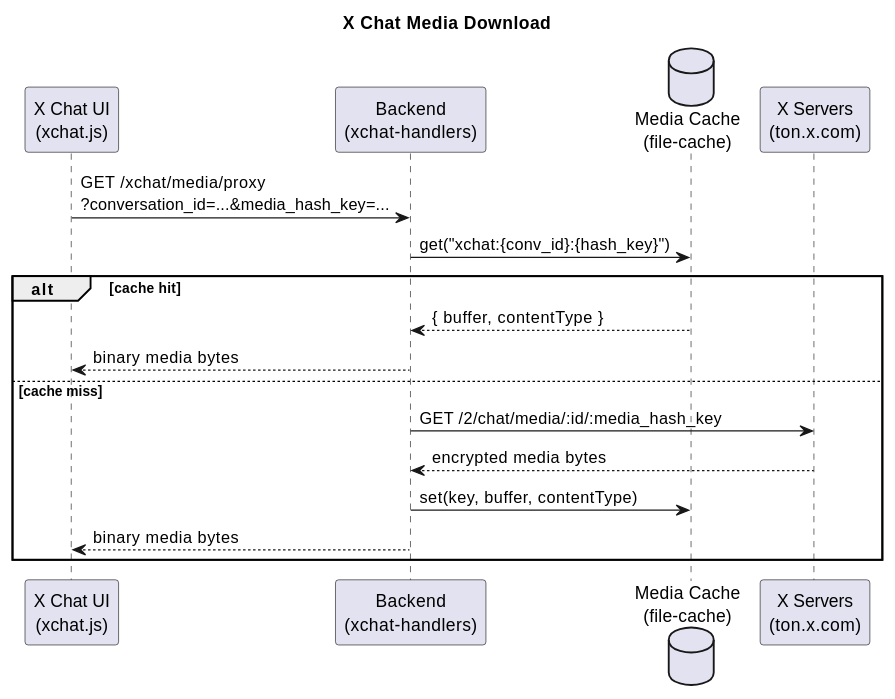
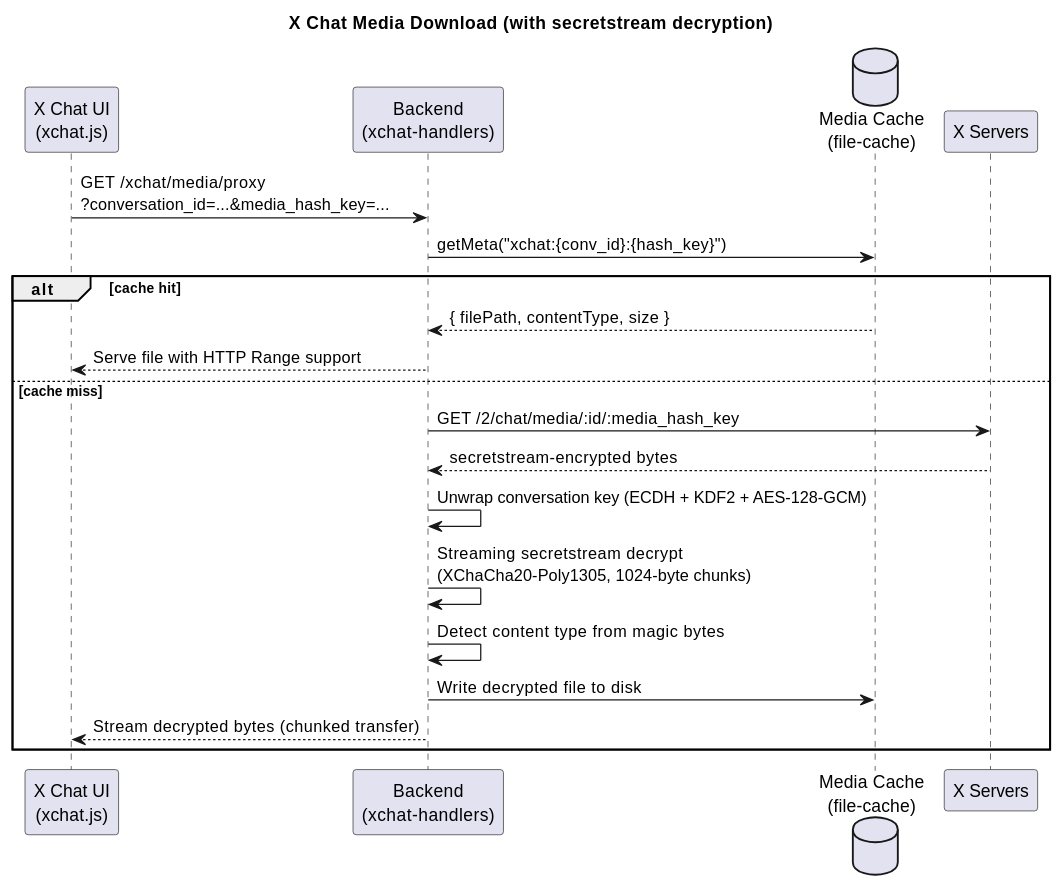
One commit to dmitryon/twitter-api-typescript-sdk changed the fifth of 6 diagrams in oauth-demo/xchat/XCHAT-FEATURE.md. Above: the diagram before and after it, drawn with PlantUML. The commit also changed other lines of this file and 1 other file, not shown here.

Commit message:
docs: update XCHAT-FEATURE.md to reflect multi-key versioned storage model

````diff
--- a/oauth-demo/xchat/XCHAT-FEATURE.md
+++ b/oauth-demo/xchat/XCHAT-FEATURE.md
@@ -327,22 +366,25 @@
 ```plantuml
 @startuml
-title X Chat Media Download
+title X Chat Media Download (with secretstream decryption)
 
 participant "X Chat UI\n(xchat.js)" as UI
 participant "Backend\n(xchat-handlers)" as BE
 database "Media Cache\n(file-cache)" as Cache
-participant "X Servers\n(ton.x.com)" as X
+participant "X Servers" as X
 
 UI -> BE: GET /xchat/media/proxy\n?conversation_id=...&media_hash_key=...
-BE -> Cache: get("xchat:{conv_id}:{hash_key}")
+BE -> Cache: getMeta("xchat:{conv_id}:{hash_key}")
 alt cache hit
-  Cache --> BE: { buffer, contentType }
-  BE --> UI: binary media bytes
+  Cache --> BE: { filePath, contentType, size }
+  BE --> UI: Serve file with HTTP Range support
 else cache miss
   BE -> X: GET /2/chat/media/:id/:media_hash_key
-  X --> BE: encrypted media bytes
-  BE -> Cache: set(key, buffer, contentType)
-  BE --> UI: binary media bytes
+  X --> BE: secretstream-encrypted bytes
+  BE -> BE: Unwrap conversation key (ECDH + KDF2 + AES-128-GCM)
+  BE -> BE: Streaming secretstream decrypt\n(XChaCha20-Poly1305, 1024-byte chunks)
+  BE -> BE: Detect content type from magic bytes
+  BE -> Cache: Write decrypted file to disk
+  BE --> UI: Stream decrypted bytes (chunked transfer)
 end
 @enduml
 ```
````
